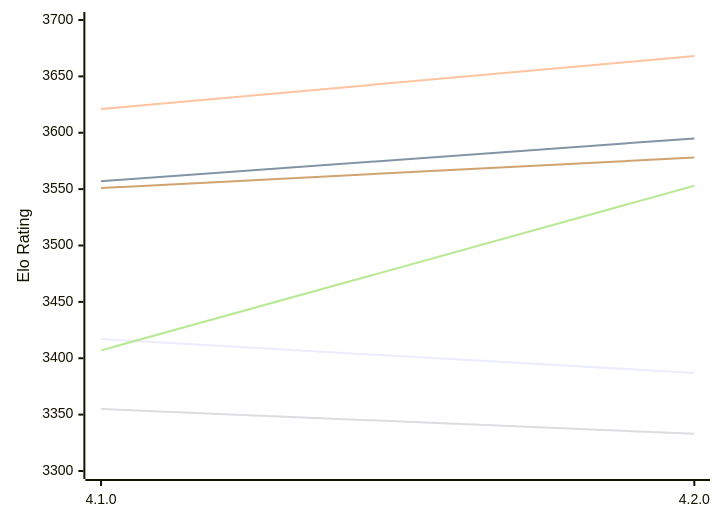
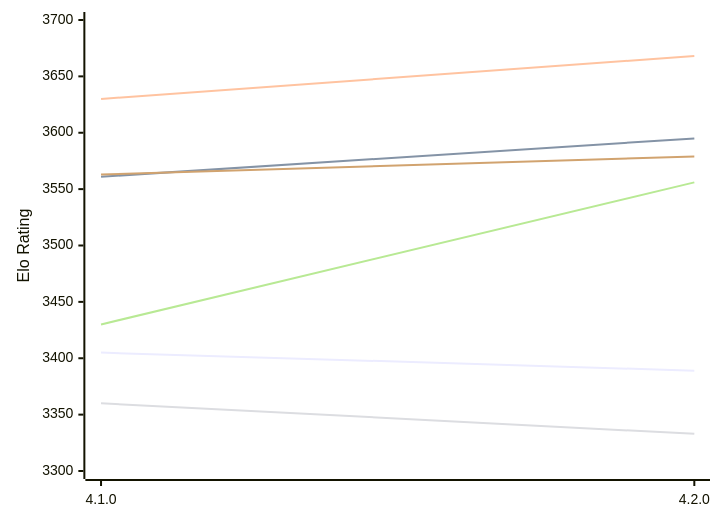
One commit to computer-chess-index/cci changed the first of 2 diagrams in engines/Raphael.md. Above: the diagram before and after it, drawn with Mermaid. The commit also changed other lines of this file, not shown here.

Commit message:
Update CCI Ratings (ELO VLTC) - 2026-11-17

````diff
--- a/engines/Raphael.md
+++ b/engines/Raphael.md
@@ -59,12 +59,12 @@
 ```mermaid
 %%{init: {"theme":"base","themeVariables":{"seriesColors:['#a3a3a3','#222221','#faa371']}}}%%
 xychart-beta
   x-axis ["4.1.0", "4.2.0"]
   y-axis "Elo Rating" 3300 --> 3700
-  line "E1: STC (8.0+0.08s)" [3417, 3387]
-  line "E1: LTC (60.0+0.60s)" [3557, 3595]
-  line "E1: VLTC (2m24s+1.12s)" [3621, 3668]
-  line "P1: STC (8.0+0.08s)" [3355, 3333]
-  line "P1: LTC (60.0+0.60s)" [3407, 3553]
-  line "P1: VLTC (2m24s+1.12s)" [3551, 3578]
+  line "E1: STC (8.0+0.08s)" [3405, 3389]
+  line "E1: LTC (60.0+0.60s)" [3561, 3595]
+  line "E1: VLTC (2m24s+1.12s)" [3630, 3668]
+  line "P1: STC (8.0+0.08s)" [3360, 3333]
+  line "P1: LTC (60.0+0.60s)" [3430, 3556]
+  line "P1: VLTC (2m24s+1.12s)" [3563, 3579]
 ```
````
